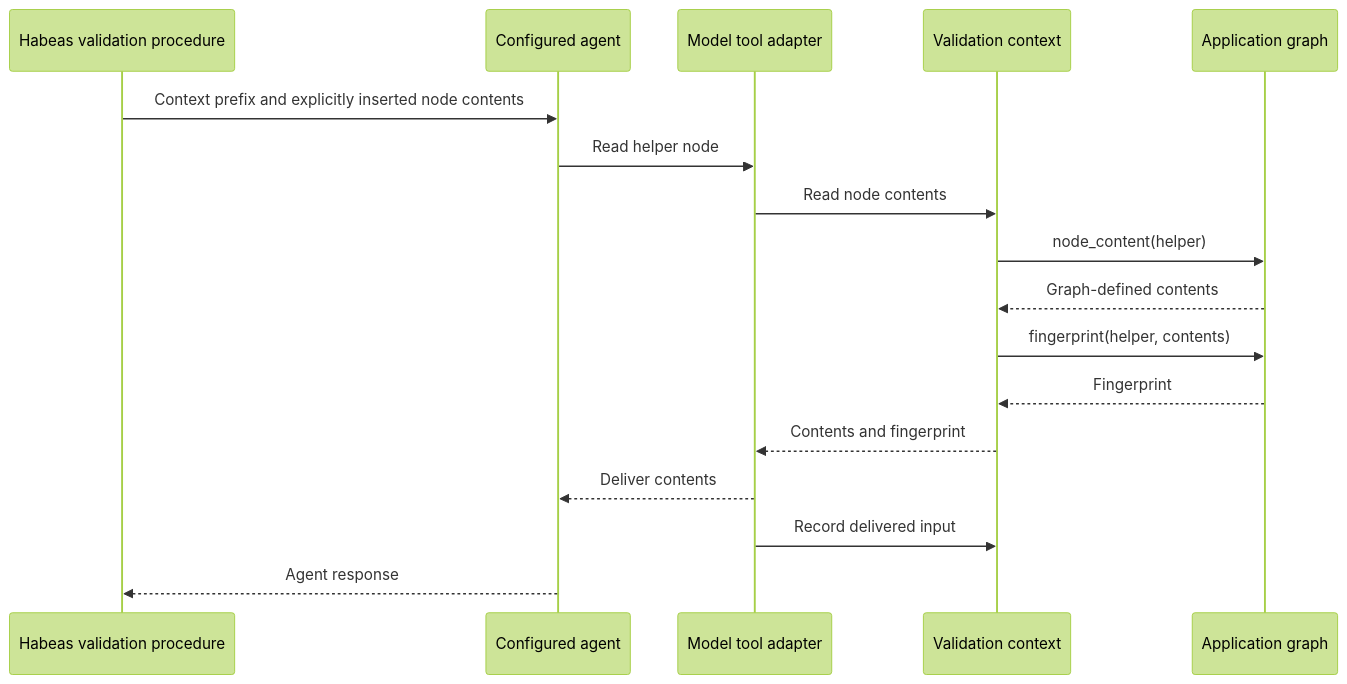
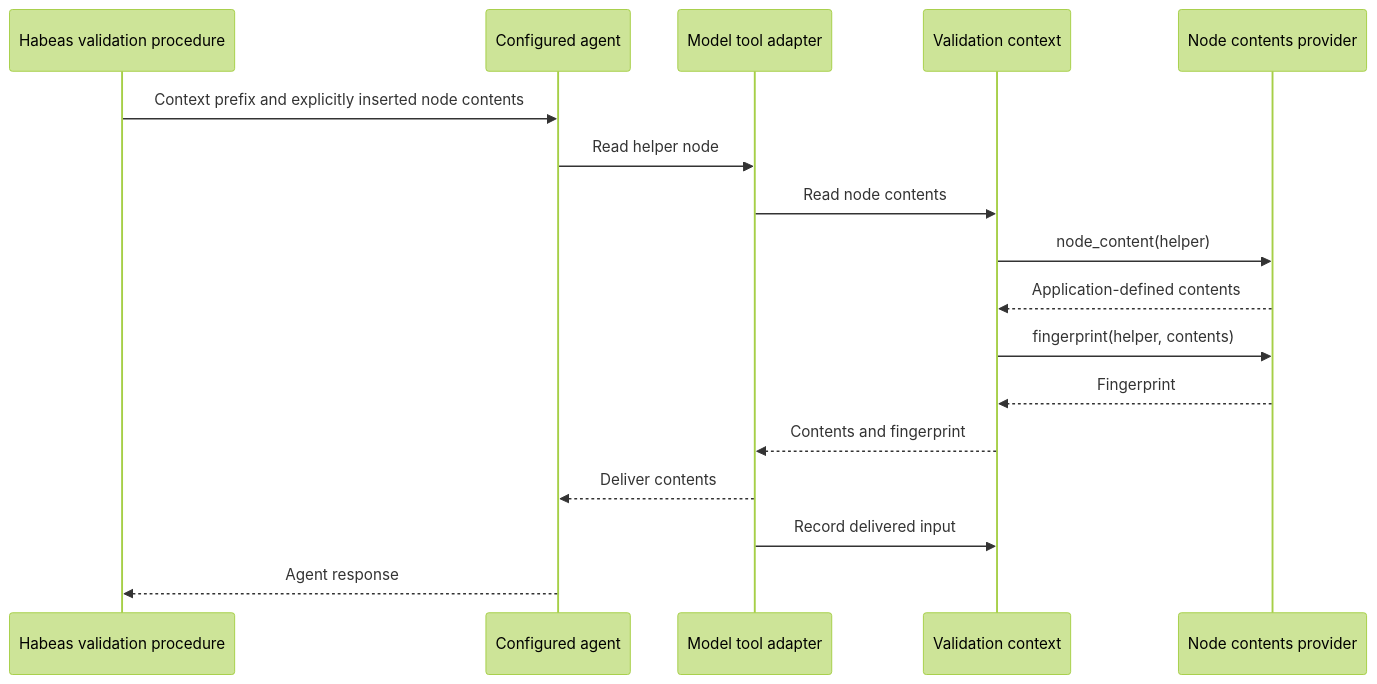
Before and after one commit to nikomatsakis/habeas-codicem: the diagram in md/requirements/sdk/graph/context-tools.md, drawn with Mermaid (forest theme). The commit also changed other lines of this file and 7 other files, not shown here.

First line of the commit message:
Separate graph relationships from node contents in the SDK contract

````diff
--- a/md/requirements/sdk/graph/context-tools.md
+++ b/md/requirements/sdk/graph/context-tools.md
@@ -25,19 +25,19 @@
 ```mermaid
 sequenceDiagram
     participant P as Habeas validation procedure
     participant A as Configured agent
     participant T as Model tool adapter
     participant C as Validation context
-    participant G as Application graph
+    participant G as Node contents provider
     P->>A: Context prefix and explicitly inserted node contents
     A->>T: Read helper node
     T->>C: Read node contents
     C->>G: node_content(helper)
-    G-->>C: Graph-defined contents
+    G-->>C: Application-defined contents
     C->>G: fingerprint(helper, contents)
     G-->>C: Fingerprint
     C-->>T: Contents and fingerprint
     T-->>A: Deliver contents
     T->>C: Record delivered input
     A-->>P: Agent response
 ```
````
